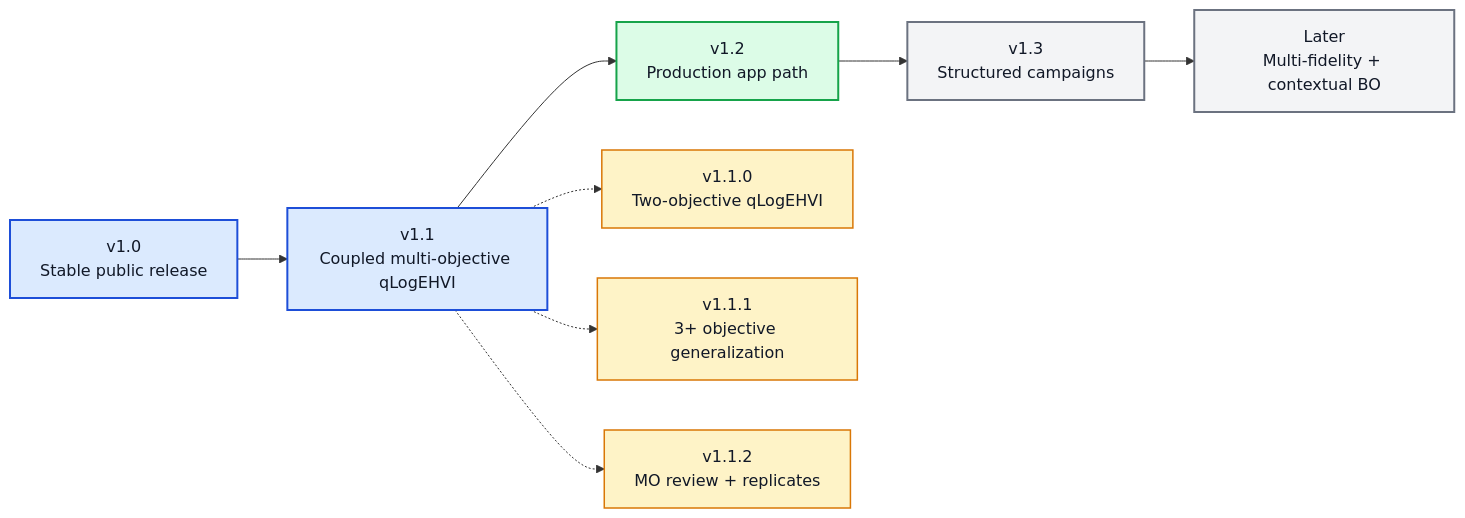
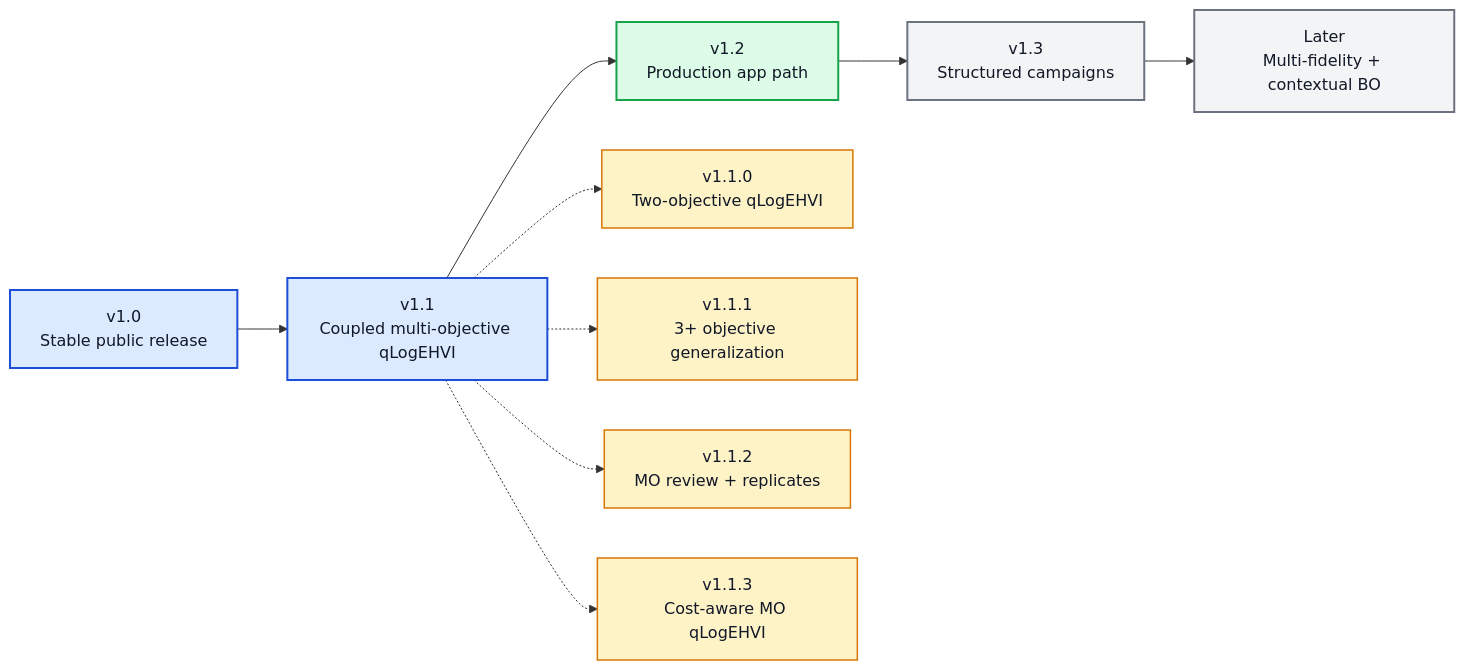
Before and after one commit to angzeli/bo-forge: the diagram in ROADMAP_AFTER_V1.md, drawn with Mermaid. The commit also changed other lines of this file and 462 other files, not shown here.

Commit message:
v1.1.3 update: Add cost-aware multi-objective qLogEHVI support

````diff
--- a/ROADMAP_AFTER_V1.md
+++ b/ROADMAP_AFTER_V1.md
@@ -7,22 +7,24 @@
 ```mermaid
 flowchart LR
     v10["v1.0<br/>Stable public release"] --> v11["v1.1<br/>Coupled multi-objective qLogEHVI"] --> v12["v1.2<br/>Production app path"] --> v13["v1.3<br/>Structured campaigns"] --> later["Later<br/>Multi-fidelity + contextual BO"]
 
     v110["v1.1.0<br/>Two-objective qLogEHVI"]
     v111["v1.1.1<br/>3+ objective generalization"]
     v112["v1.1.2<br/>MO review + replicates"]
+    v113["v1.1.3<br/>Cost-aware MO qLogEHVI"]
 
     v11 -.-> v110
     v11 -.-> v111
     v11 -.-> v112
+    v11 -.-> v113
 
     class v10,v11 majorDone
     class v12 majorNext
     class v13,later majorFuture
-    class v110,v111,v112 patchDone
+    class v110,v111,v112,v113 patchDone
 
     classDef majorDone fill:#dbeafe,stroke:#1d4ed8,stroke-width:2px,color:#111827;
     classDef majorNext fill:#dcfce7,stroke:#16a34a,stroke-width:2px,color:#111827;
     classDef majorFuture fill:#f3f4f6,stroke:#6b7280,stroke-width:2px,color:#111827;
     classDef patchDone fill:#fef3c7,stroke:#d97706,stroke-width:1.5px,color:#111827;
 ```
````
